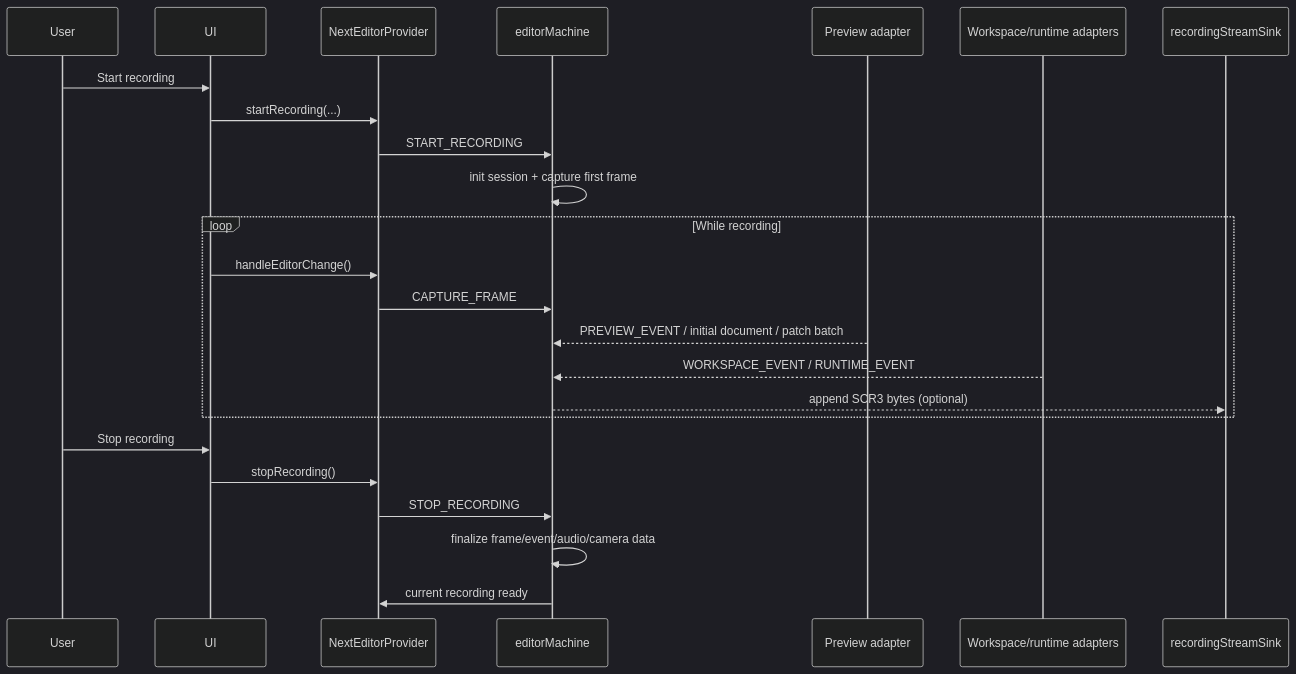
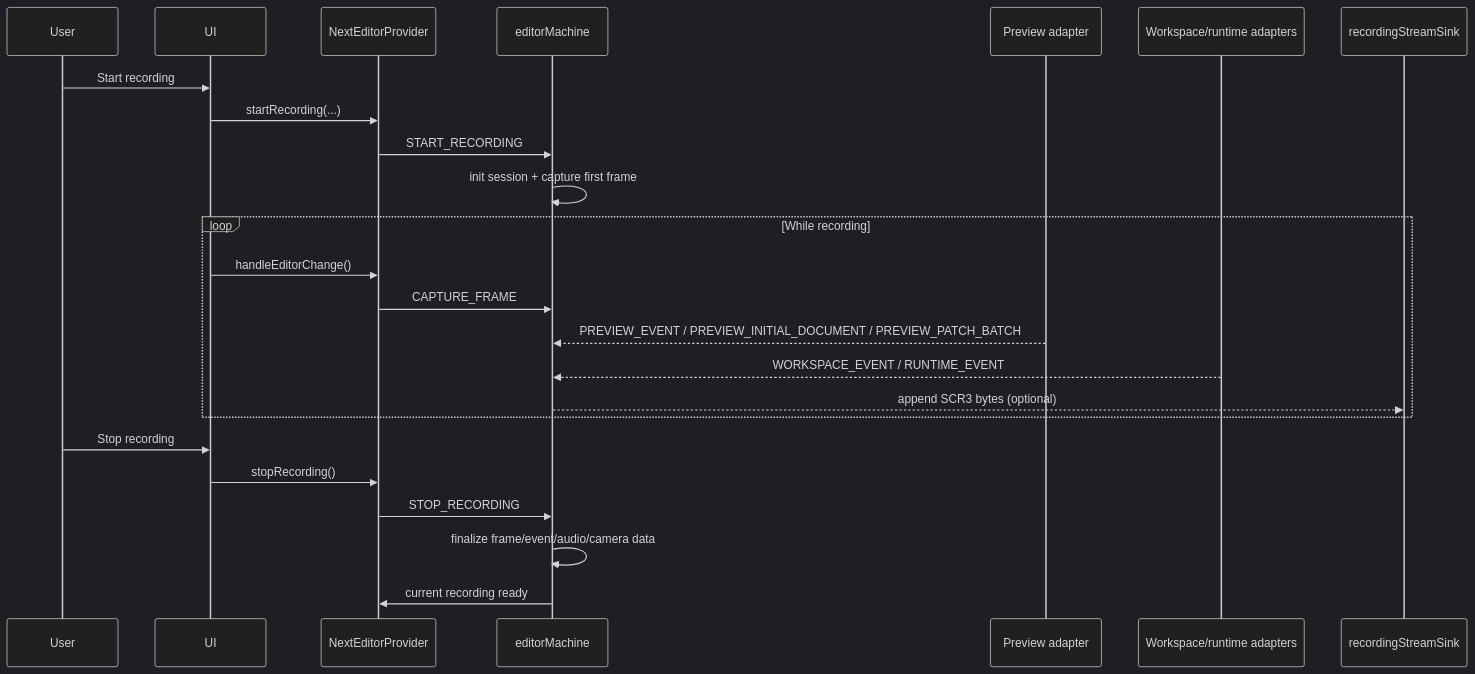
One commit to channyeintun/next-editor changed the second of 6 diagrams in docs/data-flow.md. Above: the diagram before and after it, drawn with Mermaid (dark theme). The commit also changed other lines of this file and 3 other files, not shown here.

````diff
--- a/docs/data-flow.md
+++ b/docs/data-flow.md
@@ -54,29 +54,29 @@
 ```mermaid
 sequenceDiagram
     participant User
     participant UI
     participant Provider as NextEditorProvider
     participant Machine as editorMachine
     participant Preview as Preview adapter
     participant Runtime as Workspace/runtime adapters
     participant Sink as recordingStreamSink
 
     User->>UI: Start recording
     UI->>Provider: startRecording(...)
     Provider->>Machine: START_RECORDING
     Machine->>Machine: init session + capture first frame
 
     loop While recording
         UI->>Provider: handleEditorChange()
         Provider->>Machine: CAPTURE_FRAME
-        Preview-->>Machine: PREVIEW_EVENT / initial document / patch batch
+        Preview-->>Machine: PREVIEW_EVENT / PREVIEW_INITIAL_DOCUMENT / PREVIEW_PATCH_BATCH
         Runtime-->>Machine: WORKSPACE_EVENT / RUNTIME_EVENT
         Machine-->>Sink: append SCR3 bytes (optional)
     end
 
     User->>UI: Stop recording
     UI->>Provider: stopRecording()
     Provider->>Machine: STOP_RECORDING
     Machine->>Machine: finalize frame/event/audio/camera data
     Machine->>Provider: current recording ready
 ```
````
